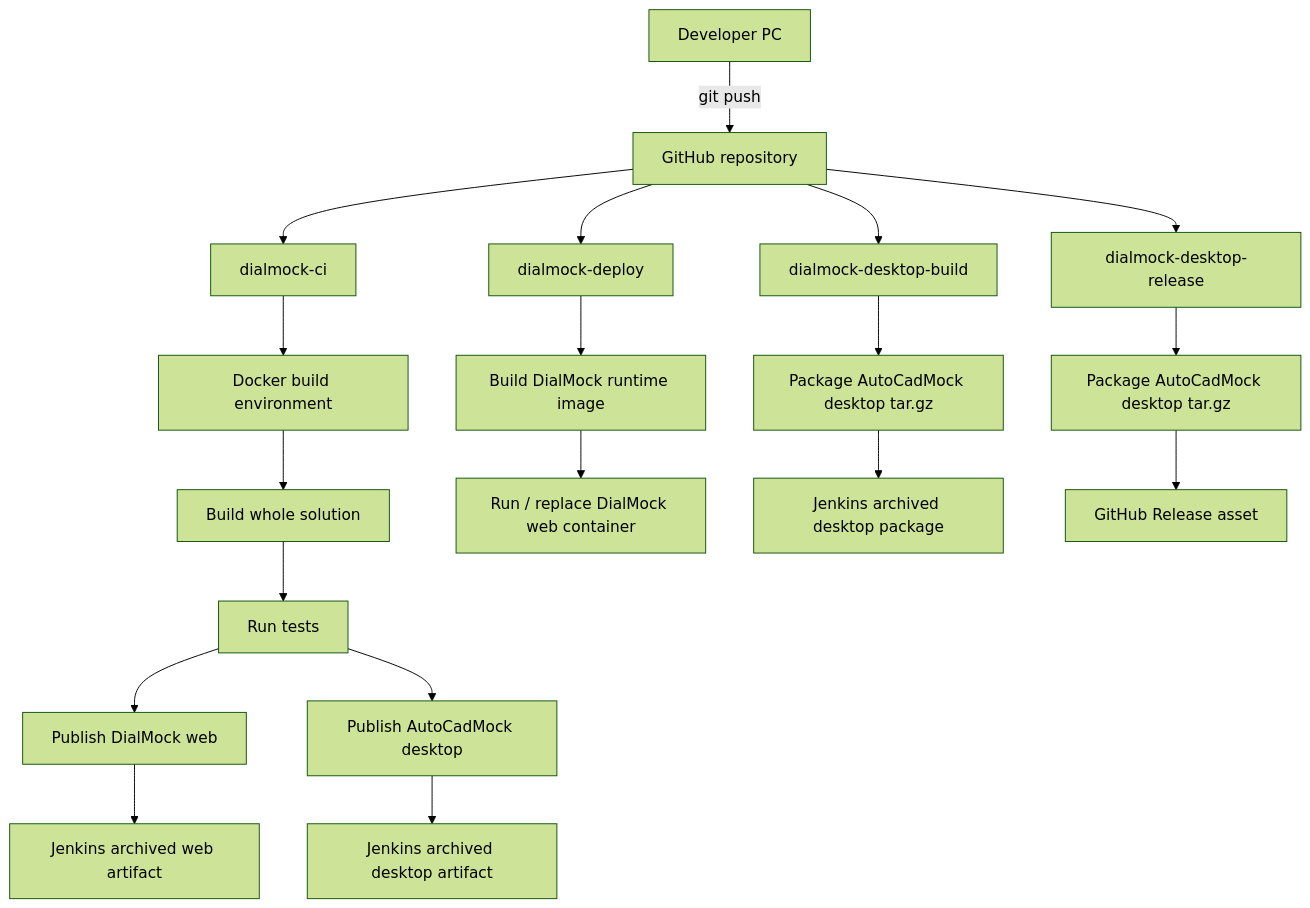
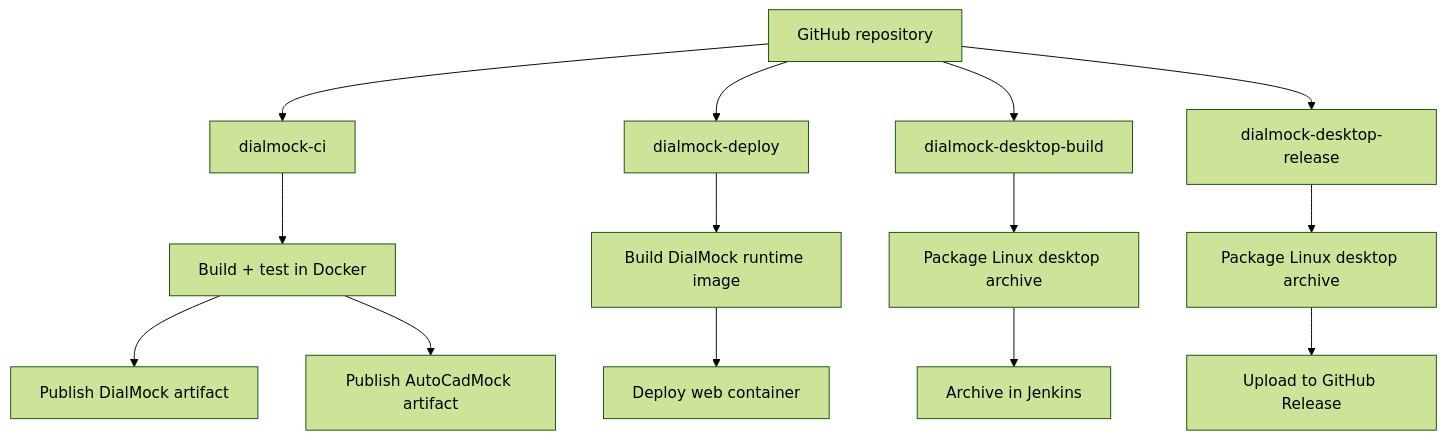
One commit to nathabee/csharp changed the first of 2 diagrams in docs/cicd.md. Above: the diagram before and after it, drawn with Mermaid (forest theme). The commit also changed other lines of this file, not shown here.

Commit message:
1.2.1 Phase 11 : CI/CD- GitHub Release automation

`````diff
--- a/docs/cicd.md
+++ b/docs/cicd.md
@@ -98,26 +21,20 @@
 ```mermaid
 flowchart TD
-    A[Developer PC] -->|git push| B[GitHub repository]
+    A[GitHub repository] --> B[dialmock-ci]
+    A --> C[dialmock-deploy]
+    A --> D[dialmock-desktop-build]
+    A --> E[dialmock-desktop-release]
 
-    B --> C[dialmock-ci]
-    C --> D[Docker build environment]
-    D --> E[Build whole solution]
-    E --> F[Run tests]
-    F --> G[Publish DialMock web]
-    F --> H[Publish AutoCadMock desktop]
+    B --> F[Build + test in Docker]
+    F --> G[Publish DialMock artifact]
+    F --> H[Publish AutoCadMock artifact]
 
-    G --> I[Jenkins archived web artifact]
-    H --> J[Jenkins archived desktop artifact]
+    C --> I[Build DialMock runtime image]
+    I --> J[Deploy web container]
 
-    B --> K[dialmock-deploy]
-    K --> L[Build DialMock runtime image]
-    L --> M[Run / replace DialMock web container]
+    D --> K[Package Linux desktop archive]
+    K --> L[Archive in Jenkins]
 
-    B --> N[dialmock-desktop-build]
-    N --> O[Package AutoCadMock desktop tar.gz]
-    O --> P[Jenkins archived desktop package]
-
-    B --> Q[dialmock-desktop-release]
-    Q --> R[Package AutoCadMock desktop tar.gz]
-    R --> S[GitHub Release asset]
+    E --> M[Package Linux desktop archive]
+    M --> N[Upload to GitHub Release]
 ````
`````
